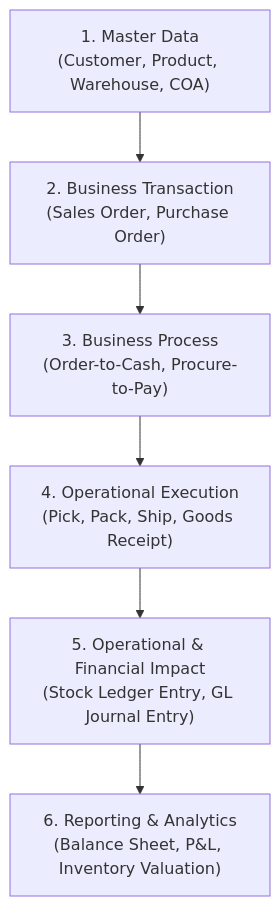
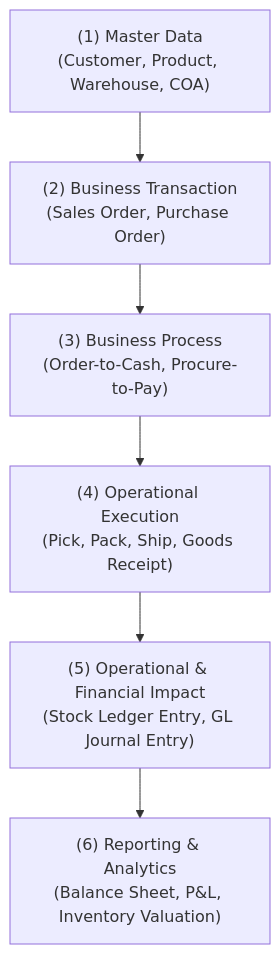
One commit to alimurrofid/erp-notes changed the first of 3 diagrams in content/00-fundamentals/erp-architecture.md. Above: the diagram before and after it, drawn with Mermaid. The commit also changed 132 other files, not shown here.

````diff
--- a/content/00-fundamentals/erp-architecture.md
+++ b/content/00-fundamentals/erp-architecture.md
@@ -19,15 +19,15 @@
 ```mermaid
 flowchart TD
-    MD["1. Master Data<br/>(Customer, Product, Warehouse, COA)"]
-    BT["2. Business Transaction<br/>(Sales Order, Purchase Order)"]
-    BP["3. Business Process<br/>(Order-to-Cash, Procure-to-Pay)"]
-    OD["4. Operational Execution<br/>(Pick, Pack, Ship, Goods Receipt)"]
-    Imp["5. Operational & Financial Impact<br/>(Stock Ledger Entry, GL Journal Entry)"]
-    Rep["6. Reporting & Analytics<br/>(Balance Sheet, P&L, Inventory Valuation)"]
+    MD["(1) Master Data<br/>(Customer, Product, Warehouse, COA)"]
+    BT["(2) Business Transaction<br/>(Sales Order, Purchase Order)"]
+    BP["(3) Business Process<br/>(Order-to-Cash, Procure-to-Pay)"]
+    OD["(4) Operational Execution<br/>(Pick, Pack, Ship, Goods Receipt)"]
+    Imp["(5) Operational & Financial Impact<br/>(Stock Ledger Entry, GL Journal Entry)"]
+    Rep["(6) Reporting & Analytics<br/>(Balance Sheet, P&L, Inventory Valuation)"]
 
     MD --> BT
     BT --> BP
     BP --> OD
     OD --> Imp
     Imp --> Rep
 ```
````
